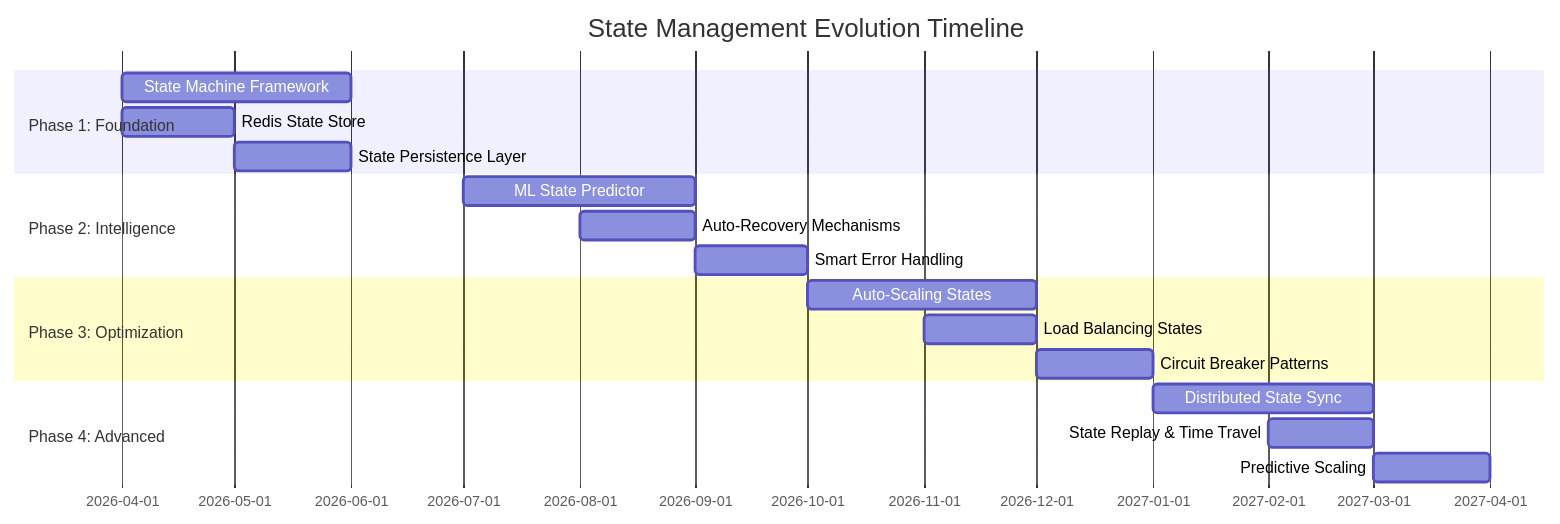
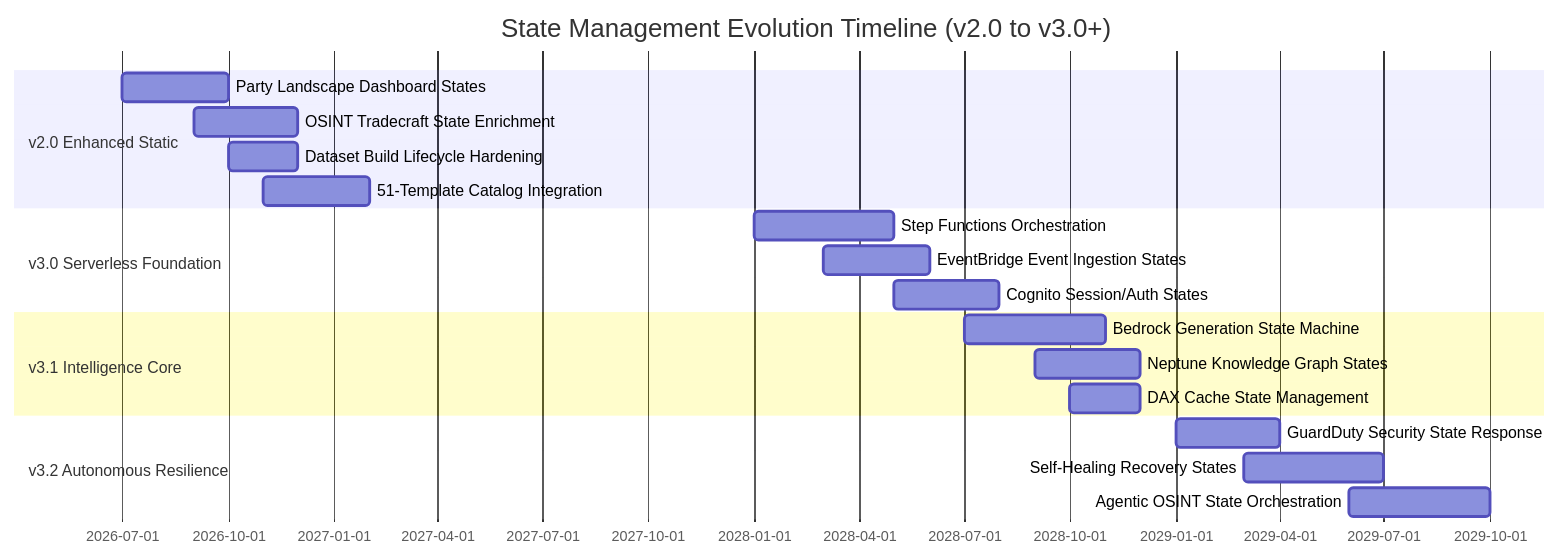
The first of 9 diagrams in FUTURE_STATEDIAGRAM.md (Hack23/euparliamentmonitor), drawn with Mermaid before and after one commit. The commit also changed other lines of this file and 5 other files, not shown here.

Commit message:
docs: rewrite FUTURE architecture portfolio for v2.0/v3.0 all-in-AWS vision

````diff
--- a/FUTURE_STATEDIAGRAM.md
+++ b/FUTURE_STATEDIAGRAM.md
@@ -117,25 +141,26 @@
 ```mermaid
 gantt
-    title State Management Evolution Timeline
+    title State Management Evolution Timeline (v2.0 to v3.0+)
     dateFormat YYYY-MM
 
-    section Phase 1: Foundation
-    State Machine Framework              :p1a, 2026-04, 2M
-    Redis State Store                    :p1b, 2026-04, 1M
-    State Persistence Layer              :p1c, 2026-05, 1M
+    section v2.0 Enhanced Static
+    Party Landscape Dashboard States     :v2a, 2026-07, 3M
+    OSINT Tradecraft State Enrichment    :v2b, 2026-09, 3M
+    Dataset Build Lifecycle Hardening    :v2c, 2026-10, 2M
+    51-Template Catalog Integration      :v2d, 2026-11, 3M
 
-    section Phase 2: Intelligence
-    ML State Predictor                   :p2a, 2026-07, 2M
-    Auto-Recovery Mechanisms             :p2b, 2026-08, 1M
-    Smart Error Handling                 :p2c, 2026-09, 1M
+    section v3.0 Serverless Foundation
+    Step Functions Orchestration         :v3a, 2028-01, 4M
+    EventBridge Event Ingestion States   :v3b, 2028-03, 3M
+    Cognito Session/Auth States          :v3c, 2028-05, 3M
 
-    section Phase 3: Optimization
-    Auto-Scaling States                  :p3a, 2026-10, 2M
-    Load Balancing States                :p3b, 2026-11, 1M
-    Circuit Breaker Patterns             :p3c, 2026-12, 1M
+    section v3.1 Intelligence Core
+    Bedrock Generation State Machine     :v3d, 2028-07, 4M
+    Neptune Knowledge Graph States       :v3e, 2028-09, 3M
+    DAX Cache State Management            :v3f, 2028-10, 2M
 
-    section Phase 4: Advanced
-    Distributed State Sync               :p4a, 2027-01, 2M
-    State Replay & Time Travel           :p4b, 2027-02, 1M
-    Predictive Scaling                   :p4c, 2027-03, 1M
+    section v3.2 Autonomous Resilience
+    GuardDuty Security State Response    :v4a, 2029-01, 3M
+    Self-Healing Recovery States         :v4b, 2029-03, 4M
+    Agentic OSINT State Orchestration    :v4c, 2029-06, 4M
 ```
````
